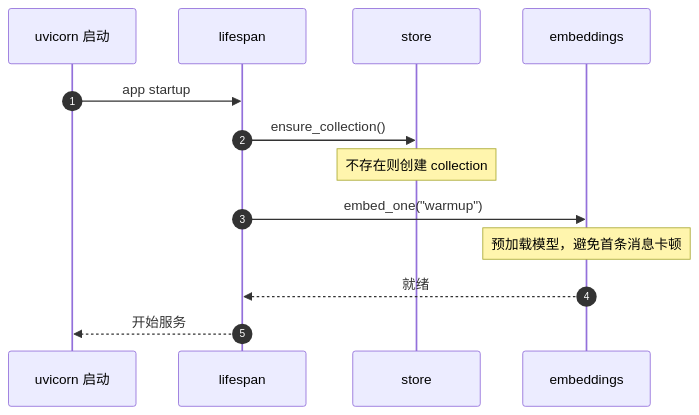
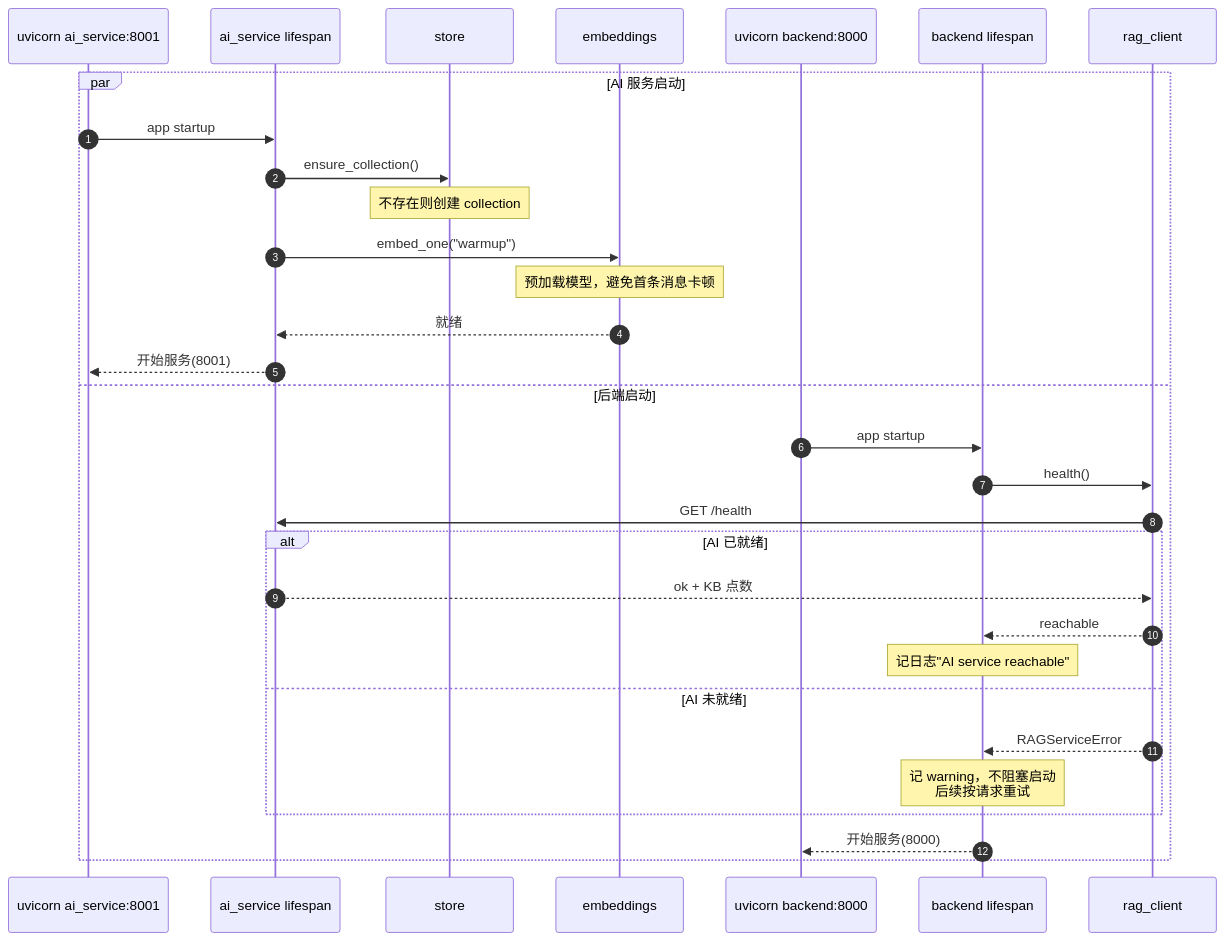
Before and after one commit to xiaozhao0309/whatsAppAgent: the seventh of 8 diagrams in docs/时序图.md, drawn with Mermaid. The commit also changed other lines of this file and 4 other files, not shown here.

First line of the commit message:
docs: align documentation with two-service (backend + ai_service) architecture

````diff
--- a/docs/时序图.md
+++ b/docs/时序图.md
@@ -276,16 +302,35 @@
 ```mermaid
 sequenceDiagram
     autonumber
-    participant CLI as uvicorn 启动
-    participant LS as lifespan
+    participant CLI1 as uvicorn ai_service:8001
+    participant LSA as ai_service lifespan
     participant ST as store
     participant E as embeddings
 
-    CLI->>LS: app startup
-    LS->>ST: ensure_collection()
-    Note over ST: 不存在则创建 collection
-    LS->>E: embed_one("warmup")
-    Note over E: 预加载模型，避免首条消息卡顿
-    E-->>LS: 就绪
-    LS-->>CLI: 开始服务
+    participant CLI2 as uvicorn backend:8000
+    participant LSB as backend lifespan
+    participant RC as rag_client
+
+    par AI 服务启动
+        CLI1->>LSA: app startup
+        LSA->>ST: ensure_collection()
+        Note over ST: 不存在则创建 collection
+        LSA->>E: embed_one("warmup")
+        Note over E: 预加载模型，避免首条消息卡顿
+        E-->>LSA: 就绪
+        LSA-->>CLI1: 开始服务(8001)
+    and 后端启动
+        CLI2->>LSB: app startup
+        LSB->>RC: health()
+        RC->>LSA: GET /health
+        alt AI 已就绪
+            LSA-->>RC: ok + KB 点数
+            RC-->>LSB: reachable
+            Note over LSB: 记日志"AI service reachable"
+        else AI 未就绪
+            RC-->>LSB: RAGServiceError
+            Note over LSB: 记 warning，不阻塞启动<br/>后续按请求重试
+        end
+        LSB-->>CLI2: 开始服务(8000)
+    end
 ```
````
